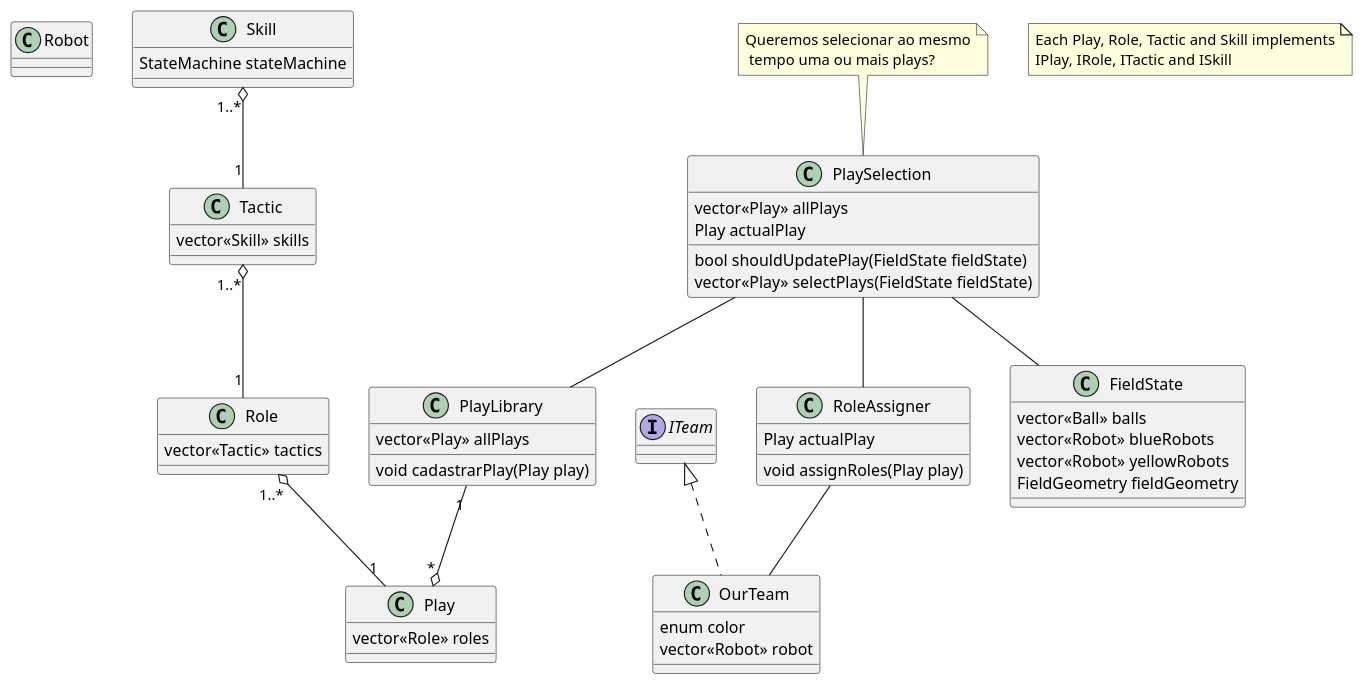
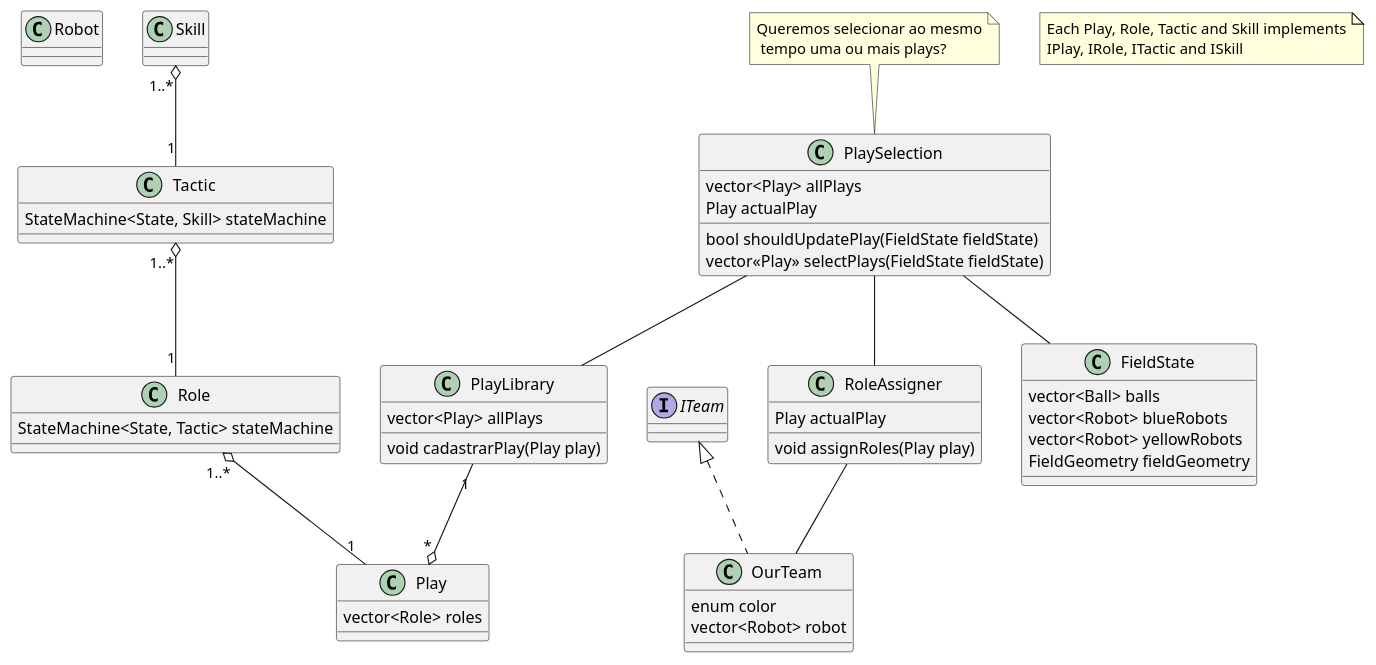
One commit to roboime/Phoenixpp changed the diagram in docs/diagramas/ai.plantuml. Above: the diagram before and after it, drawn with PlantUML.

Commit message:
Novas alterações

```diff
--- a/docs/diagramas/ai.plantuml
+++ b/docs/diagramas/ai.plantuml
@@ -1,64 +1,64 @@
 @startuml teste
 class Robot {
 
 }
 
 class Skill {
-    StateMachine stateMachine
+
 }
 
 class Tactic {
-    vector<<Skill>> skills
+    StateMachine<State, Skill> stateMachine
 }
 
 class Role {
-    vector<<Tactic>> tactics
+    StateMachine<State, Tactic> stateMachine
 }
 
 class Play {
-    vector<<Role>> roles
+    vector<Role> roles
 }
 
 class PlayLibrary {
-    vector<<Play>> allPlays
+    vector<Play> allPlays
     void cadastrarPlay(Play play)
 }
 
 class RoleAssigner {
     Play actualPlay
     void assignRoles(Play play)
 }
 
 class PlaySelection {
-    vector<<Play>> allPlays
+    vector<Play> allPlays
     Play actualPlay
     bool shouldUpdatePlay(FieldState fieldState)
     vector<<Play>> selectPlays(FieldState fieldState)
 }
 
 class FieldState {
-    vector<<Ball>> balls
-    vector<<Robot>> blueRobots
-    vector<<Robot>> yellowRobots
+    vector<Ball> balls
+    vector<Robot> blueRobots
+    vector<Robot> yellowRobots
     FieldGeometry fieldGeometry
 }
 
 interface ITeam
 
 class OurTeam implements ITeam {
     enum color
-    vector<<Robot>> robot
+    vector<Robot> robot
 }
 
 PlayLibrary "1" --o "*" Play
 PlaySelection -- FieldState
 PlaySelection -- RoleAssigner
 PlaySelection -- PlayLibrary
 RoleAssigner -- OurTeam
 Skill "1..*" o-- "1" Tactic
 Tactic "1..*" o-- "1" Role
 Role "1..*" o-- "1" Play
 
 note "Each Play, Role, Tactic and Skill implements\nIPlay, IRole, ITactic and ISkill" as N1
 note top of PlaySelection: Queremos selecionar ao mesmo\n tempo uma ou mais plays?
 @enduml
```
